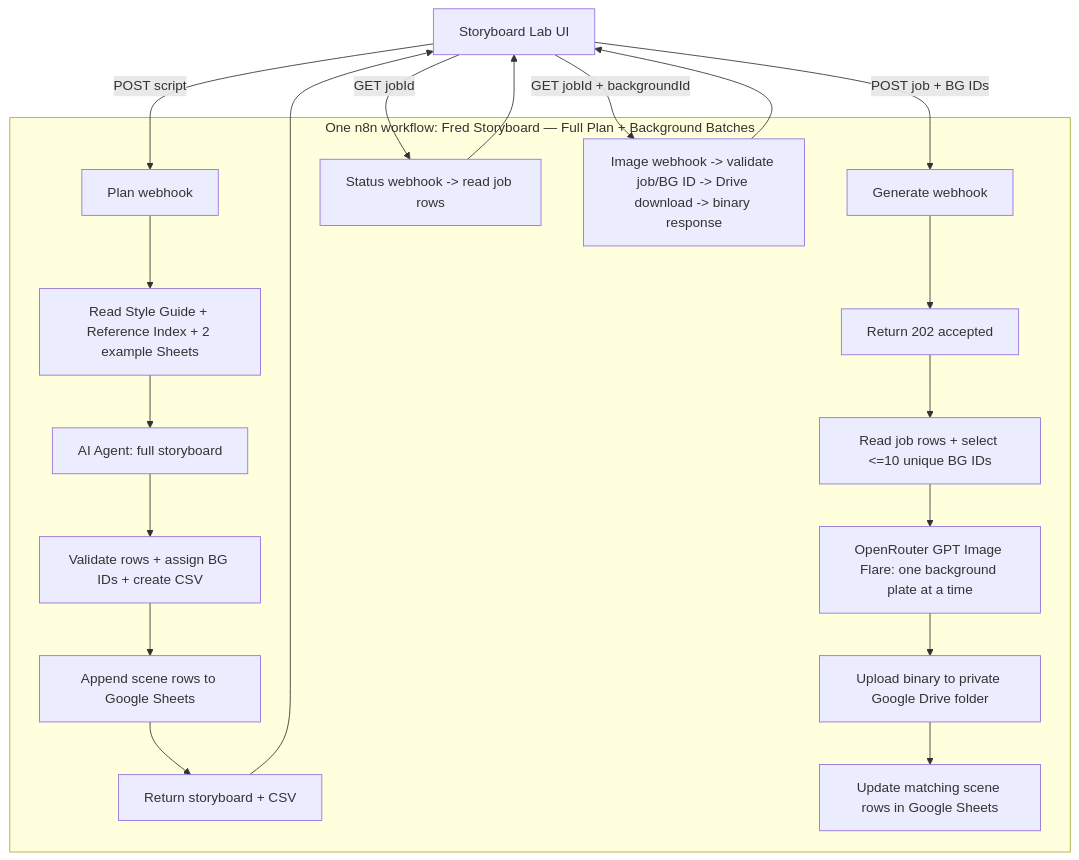
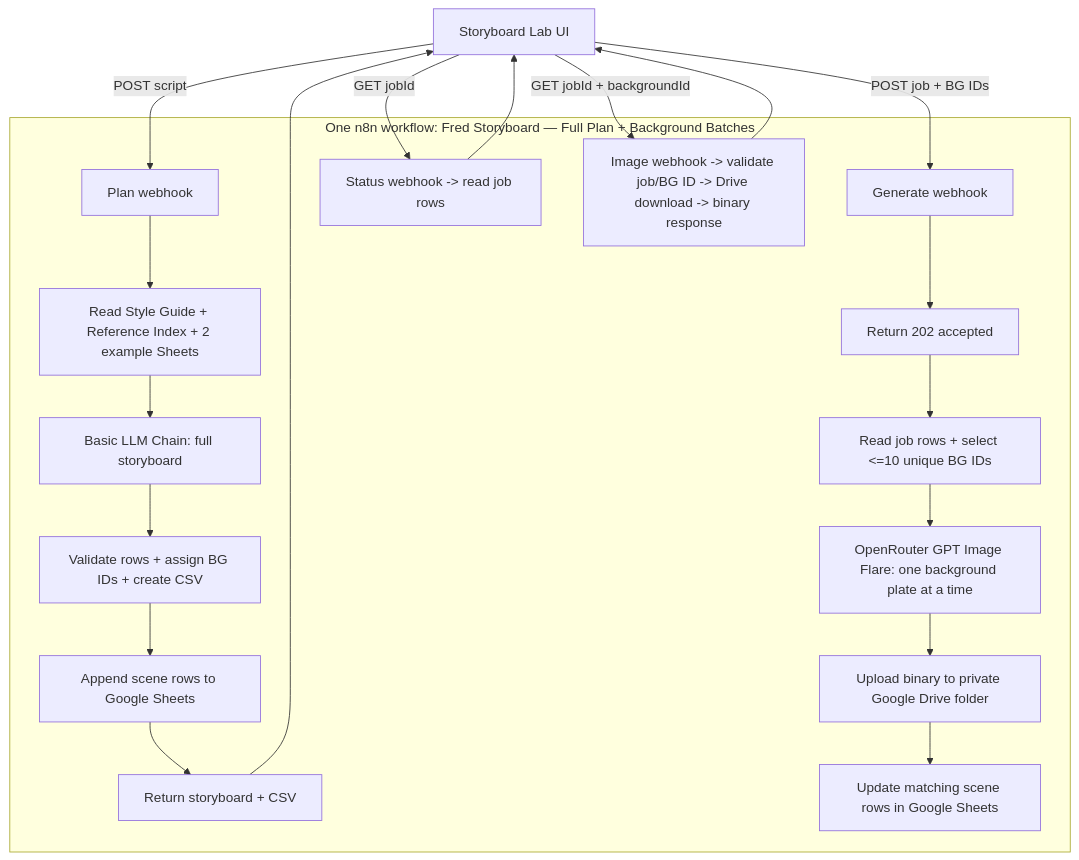
The diagram in docs/agent-workflow-v4.md (rayvin04/script-to-storyboard), drawn with Mermaid before and after one commit. The commit also changed other lines of this file and 3 other files, not shown here.

````diff
--- a/docs/agent-workflow-v4.md
+++ b/docs/agent-workflow-v4.md
@@ -17,24 +18,24 @@
 ```mermaid
 flowchart TD
   UI[Storyboard Lab UI]
   subgraph WF[One n8n workflow: Fred Storyboard — Full Plan + Background Batches]
     Plan[Plan webhook]
     Ref[Read Style Guide + Reference Index + 2 example Sheets]
-    Agent[AI Agent: full storyboard]
+    Agent[Basic LLM Chain: full storyboard]
     Norm[Validate rows + assign BG IDs + create CSV]
     SavePlan[Append scene rows to Google Sheets]
     PlanReply[Return storyboard + CSV]
     Gen[Generate webhook]
     Ack[Return 202 accepted]
     Select[Read job rows + select <=10 unique BG IDs]
     Image[OpenRouter GPT Image Flare: one background plate at a time]
     Drive[Upload binary to private Google Drive folder]
     Update[Update matching scene rows in Google Sheets]
     Status[Status webhook -> read job rows]
     Img[Image webhook -> validate job/BG ID -> Drive download -> binary response]
   end
   UI -->|POST script| Plan --> Ref --> Agent --> Norm --> SavePlan --> PlanReply --> UI
   UI -->|POST job + BG IDs| Gen --> Ack --> Select --> Image --> Drive --> Update
   UI -->|GET jobId| Status --> UI
   UI -->|GET jobId + backgroundId| Img --> UI
 ```
````
